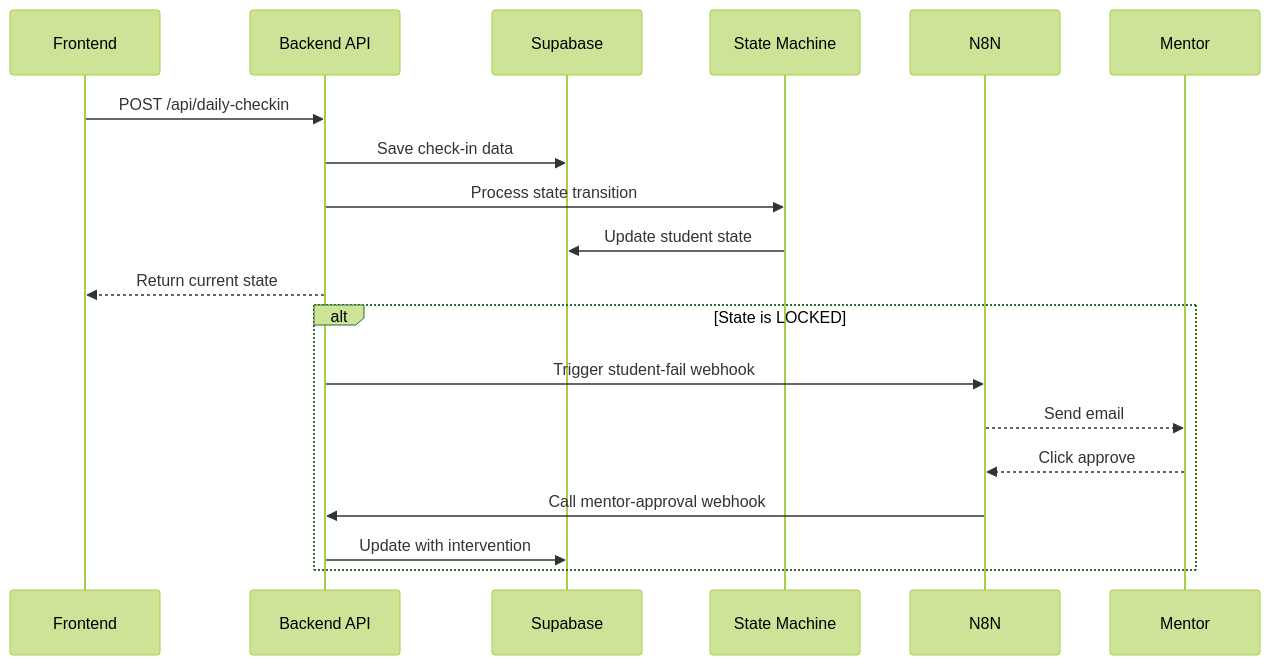
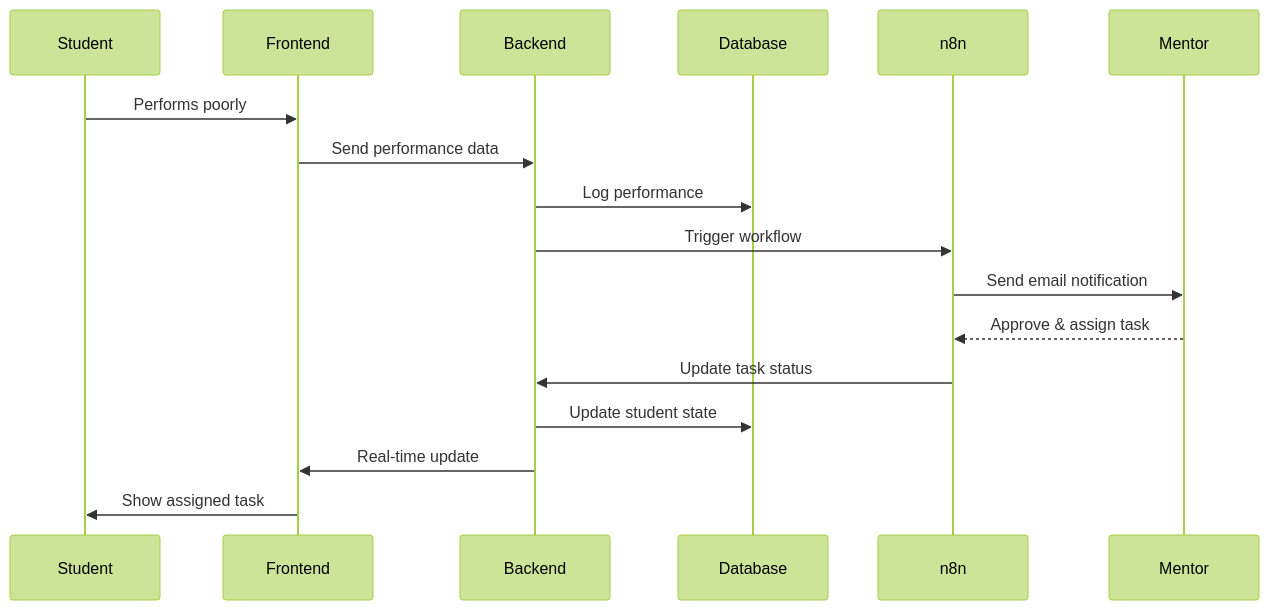
Before and after one commit to ashut0shj/FocusLoop-alcoviai-assignment: the diagram in README.md, drawn with Mermaid (forest theme). The commit also changed other lines of this file, not shown here.

````diff
--- a/README.md
+++ b/README.md
@@ -76,21 +52,20 @@
 ```mermaid
 sequenceDiagram
-    participant F as Frontend
-    participant B as Backend API
-    participant DB as Supabase
-    participant SM as State Machine
+    participant Student
+    participant Frontend
+    participant Backend
+    participant Database
+    participant n8n
+    participant Mentor
     
-    F->>B: POST /api/daily-checkin
-    B->>DB: Save check-in data
-    B->>SM: Process state transition
-    SM->>DB: Update student state
-    B-->>F: Return current state
-    
-    alt State is LOCKED
-        B->>N8N: Trigger student-fail webhook
-        N8N-->>Mentor: Send email
-        Mentor-->>N8N: Click approve
-        N8N->>B: Call mentor-approval webhook
-        B->>DB: Update with intervention
-    end
+    Student->>Frontend: Performs poorly
+    Frontend->>Backend: Send performance data
+    Backend->>Database: Log performance
+    Backend->>n8n: Trigger workflow
+    n8n->>Mentor: Send email notification
+    Mentor-->>n8n: Approve & assign task
+    n8n->>Backend: Update task status
+    Backend->>Database: Update student state
+    Backend->>Frontend: Real-time update
+    Frontend->>Student: Show assigned task
 ```
````
